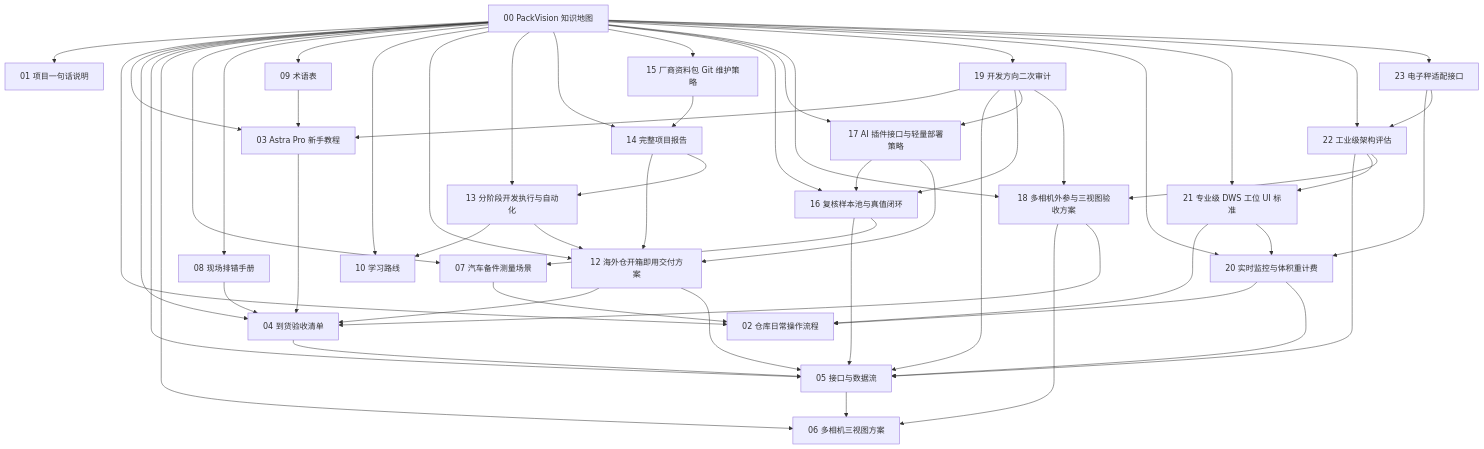
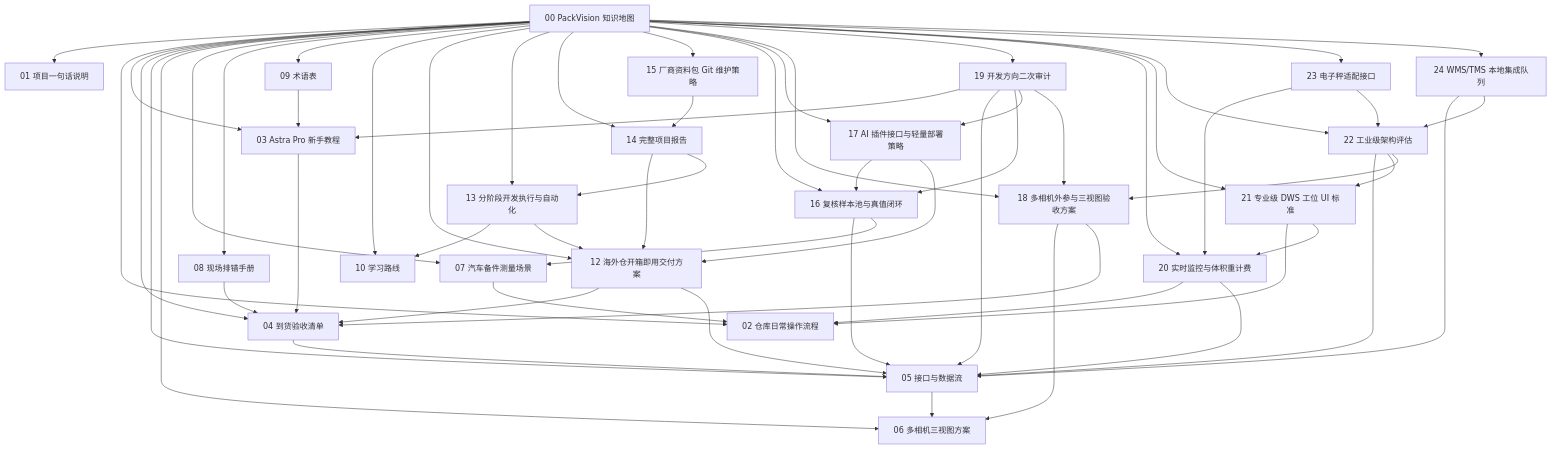
The diagram in docs_obsidian/PackVision/00 PackVision 知识地图.md (BilibiliSZdaomei/packvision), drawn with Mermaid before and after one commit. The commit also changed other lines of this file and 16 other files, not shown here.

Commit message:
feat: add local WMS TMS outbox

````diff
--- a/docs_obsidian/PackVision/00 PackVision 知识地图.md
+++ b/docs_obsidian/PackVision/00 PackVision 知识地图.md
@@ -47,58 +48,61 @@
 ```mermaid
 graph TD
   A["00 PackVision 知识地图"] --> B["01 项目一句话说明"]
   A --> C["02 仓库日常操作流程"]
   A --> D["03 Astra Pro 新手教程"]
   A --> E["04 到货验收清单"]
   A --> F["05 接口与数据流"]
   A --> G["06 多相机三视图方案"]
   A --> H["07 汽车备件测量场景"]
   A --> I["08 现场排错手册"]
   A --> J["09 术语表"]
   A --> K["10 学习路线"]
   A --> L["12 海外仓开箱即用交付方案"]
   A --> M["13 分阶段开发执行与自动化"]
   A --> N["14 完整项目报告"]
   A --> O["15 厂商资料包 Git 维护策略"]
   A --> P["16 复核样本池与真值闭环"]
   A --> Q["17 AI 插件接口与轻量部署策略"]
   A --> R["18 多相机外参与三视图验收方案"]
   A --> S["19 开发方向二次审计"]
   A --> T["20 实时监控与体积重计费"]
   A --> U["21 专业级 DWS 工位 UI 标准"]
   A --> V["22 工业级架构评估"]
   A --> W["23 电子秤适配接口"]
+  A --> X["24 WMS/TMS 本地集成队列"]
   D --> E
   E --> F
   F --> G
   L --> E
   L --> F
   M --> K
   M --> L
   N --> L
   N --> M
   O --> N
   P --> F
   P --> H
   Q --> P
   Q --> L
   R --> G
   R --> E
   S --> D
   S --> F
   S --> P
   S --> Q
   S --> R
   T --> C
   T --> F
   U --> C
   U --> T
   V --> F
   V --> U
   V --> R
   W --> T
   W --> V
+  X --> F
+  X --> V
   H --> C
   I --> E
   J --> D
 ```
````
